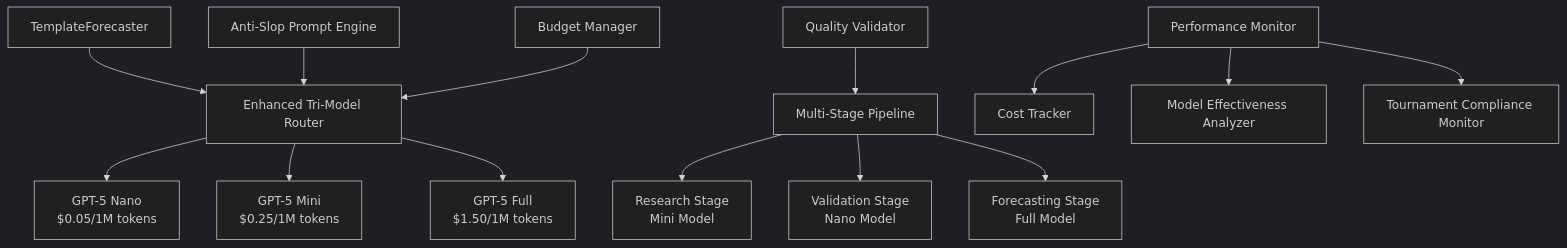
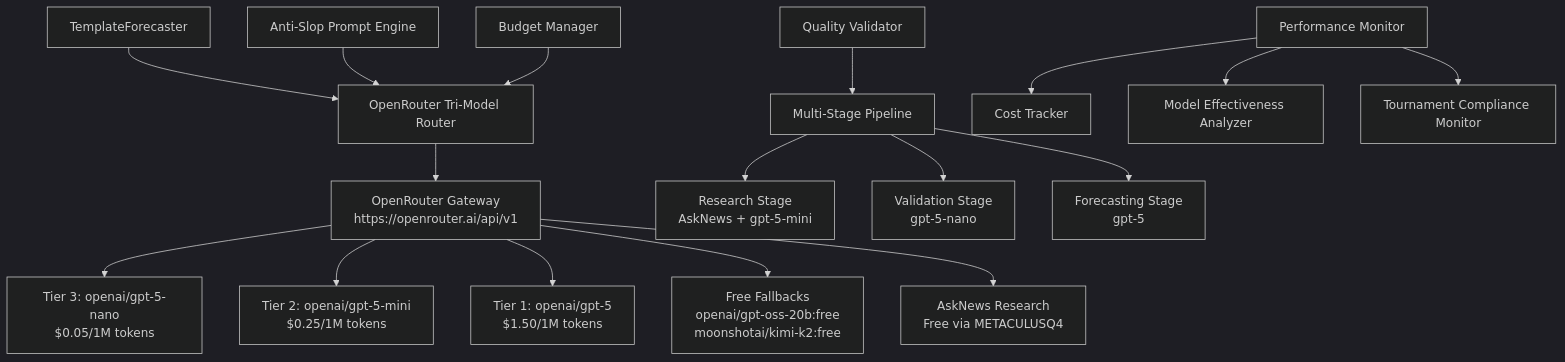
Before and after one commit to herman-aukera/metac-bot-ha: the diagram in .kiro/specs/gpt5-tri-model-optimization/design.md, drawn with Mermaid (dark theme). The commit also changed other lines of this file and 57 other files, not shown here.

````diff
--- a/.kiro/specs/gpt5-tri-model-optimization/design.md
+++ b/.kiro/specs/gpt5-tri-model-optimization/design.md
@@ -11,19 +11,23 @@
 ```mermaid
 graph TB
-    A[TemplateForecaster] --> B[Enhanced Tri-Model Router]
-    B --> C[GPT-5 Nano<br/>$0.05/1M tokens]
-    B --> D[GPT-5 Mini<br/>$0.25/1M tokens]
-    B --> E[GPT-5 Full<br/>$1.50/1M tokens]
+    A[TemplateForecaster] --> B[OpenRouter Tri-Model Router]
+    B --> C[OpenRouter Gateway<br/>https://openrouter.ai/api/v1]
 
-    F[Anti-Slop Prompt Engine] --> B
-    G[Budget Manager] --> B
-    H[Quality Validator] --> I[Multi-Stage Pipeline]
+    C --> D[Tier 3: openai/gpt-5-nano<br/>$0.05/1M tokens]
+    C --> E[Tier 2: openai/gpt-5-mini<br/>$0.25/1M tokens]
+    C --> F[Tier 1: openai/gpt-5<br/>$1.50/1M tokens]
+    C --> G[Free Fallbacks<br/>openai/gpt-oss-20b:free<br/>moonshotai/kimi-k2:free]
+    C --> H[AskNews Research<br/>Free via METACULUSQ4]
 
-    I --> J[Research Stage<br/>Mini Model]
-    I --> K[Validation Stage<br/>Nano Model]
-    I --> L[Forecasting Stage<br/>Full Model]
+    I[Anti-Slop Prompt Engine] --> B
+    J[Budget Manager] --> B
+    K[Quality Validator] --> L[Multi-Stage Pipeline]
 
-    M[Performance Monitor] --> N[Cost Tracker]
-    M --> O[Model Effectiveness Analyzer]
-    M --> P[Tournament Compliance Monitor]
+    L --> M[Research Stage<br/>AskNews + gpt-5-mini]
+    L --> N[Validation Stage<br/>gpt-5-nano]
+    L --> O[Forecasting Stage<br/>gpt-5]
+
+    P[Performance Monitor] --> Q[Cost Tracker]
+    P --> R[Model Effectiveness Analyzer]
+    P --> S[Tournament Compliance Monitor]
 ```
````
